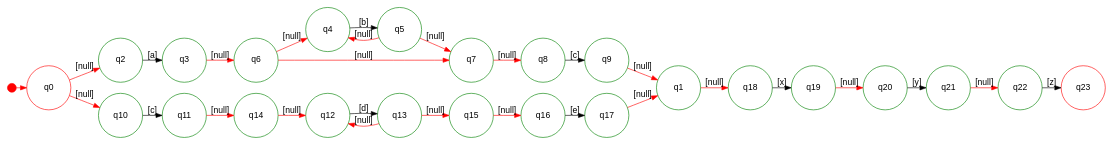
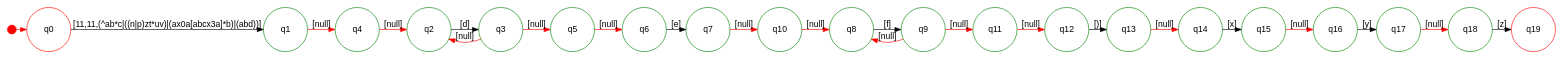
One commit to asohangh/nfaengine changed the diagram in RegExProcessing/nfa_origin.dot. Above: the diagram before and after it, drawn with Graphviz. The commit also changed 21 other files, not shown here.

```diff
--- a/RegExProcessing/nfa_origin.dot
+++ b/RegExProcessing/nfa_origin.dot
@@ -1,59 +1,49 @@
 digraph "nfa path" {
 graph [ranksep=.2,rankdir=LR];
 node [shape=circle,fontname=Arial,fontsize=14];
 node [width=1,fixedsize=true];
 edge [fontname=Arial,fontsize=14];
 -1 [width=0.2,shape=point color=red];
 -1 -> 0 [ color=red];
 0 [label=q0 color=red];
 1 [label=q1 color=green];
 2 [label=q2 color=green];
 3 [label=q3 color=green];
 4 [label=q4 color=green];
 5 [label=q5 color=green];
 6 [label=q6 color=green];
 7 [label=q7 color=green];
 8 [label=q8 color=green];
 9 [label=q9 color=green];
 10 [label=q10 color=green];
 11 [label=q11 color=green];
 12 [label=q12 color=green];
 13 [label=q13 color=green];
 14 [label=q14 color=green];
 15 [label=q15 color=green];
 16 [label=q16 color=green];
 17 [label=q17 color=green];
 18 [label=q18 color=green];
-19 [label=q19 color=green];
-20 [label=q20 color=green];
-21 [label=q21 color=green];
-22 [label=q22 color=green];
-23 [label=q23 color=red];
-2 -> 3  [label="[a]" color=black];
-4 -> 5  [label="[b]" color=black];
-5 -> 4  [label="[null]" color=red];
-6 -> 4  [label="[null]" color=red];
-5 -> 7  [label="[null]" color=red];
-6 -> 7  [label="[null]" color=red];
-3 -> 6  [label="[null]" color=red];
-8 -> 9  [label="[c]" color=black];
-7 -> 8  [label="[null]" color=red];
-10 -> 11  [label="[c]" color=black];
-12 -> 13  [label="[d]" color=black];
-13 -> 12  [label="[null]" color=red];
-14 -> 12  [label="[null]" color=red];
-13 -> 15  [label="[null]" color=red];
-11 -> 14  [label="[null]" color=red];
-16 -> 17  [label="[e]" color=black];
+19 [label=q19 color=red];
+0 -> 1  [label="[11,11,(^ab*c|((n|p)zt*uv)|(a\x0a[abc\x3a]*b)|(abd))]" color=black];
+2 -> 3  [label="[d]" color=black];
+3 -> 2  [label="[null]" color=red];
+4 -> 2  [label="[null]" color=red];
+3 -> 5  [label="[null]" color=red];
+1 -> 4  [label="[null]" color=red];
+6 -> 7  [label="[e]" color=black];
+8 -> 9  [label="[f]" color=black];
+9 -> 8  [label="[null]" color=red];
+10 -> 8  [label="[null]" color=red];
+9 -> 11  [label="[null]" color=red];
+7 -> 10  [label="[null]" color=red];
+5 -> 6  [label="[null]" color=red];
+12 -> 13  [label="[)]" color=black];
+11 -> 12  [label="[null]" color=red];
+14 -> 15  [label="[x]" color=black];
+13 -> 14  [label="[null]" color=red];
+16 -> 17  [label="[y]" color=black];
 15 -> 16  [label="[null]" color=red];
-0 -> 2  [label="[null]" color=red];
-0 -> 10  [label="[null]" color=red];
-9 -> 1  [label="[null]" color=red];
-17 -> 1  [label="[null]" color=red];
-18 -> 19  [label="[x]" color=black];
-1 -> 18  [label="[null]" color=red];
-20 -> 21  [label="[y]" color=black];
-19 -> 20  [label="[null]" color=red];
-22 -> 23  [label="[z]" color=black];
-21 -> 22  [label="[null]" color=red];
+18 -> 19  [label="[z]" color=black];
+17 -> 18  [label="[null]" color=red];
 }
```
